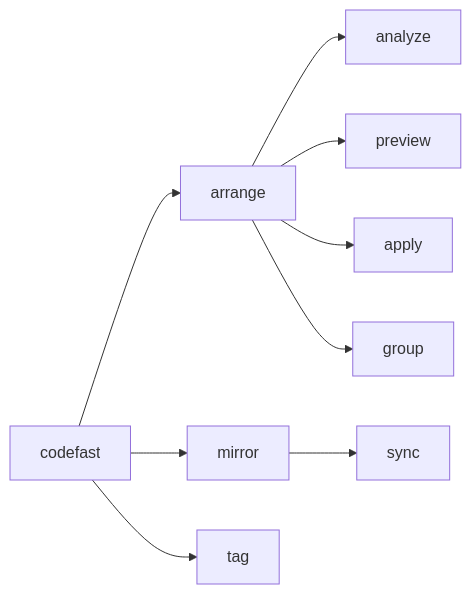
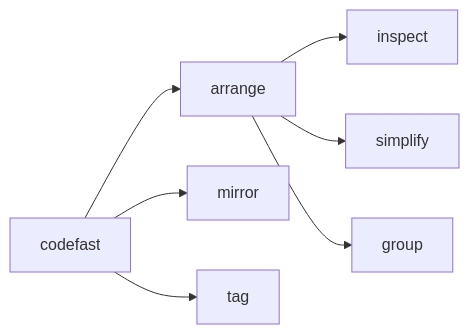
The diagram in packages/cli/README.md (codefastlabs/codefast), drawn with Mermaid before and after one commit. The commit also changed other lines of this file and 17 other files, not shown here.

````diff
--- a/packages/cli/README.md
+++ b/packages/cli/README.md
@@ -45,14 +47,11 @@
 ```mermaid
 flowchart LR
   R[codefast]
   R --> A[arrange]
   R --> M[mirror]
   R --> T[tag]
 
-  A --> A0[analyze]
-  A --> A1[preview]
-  A --> A2[apply]
-  A --> A3[group]
-
-  M --> M0[sync]
+  A --> A0[inspect]
+  A --> A1[simplify]
+  A --> A2[group]
 ```
````
